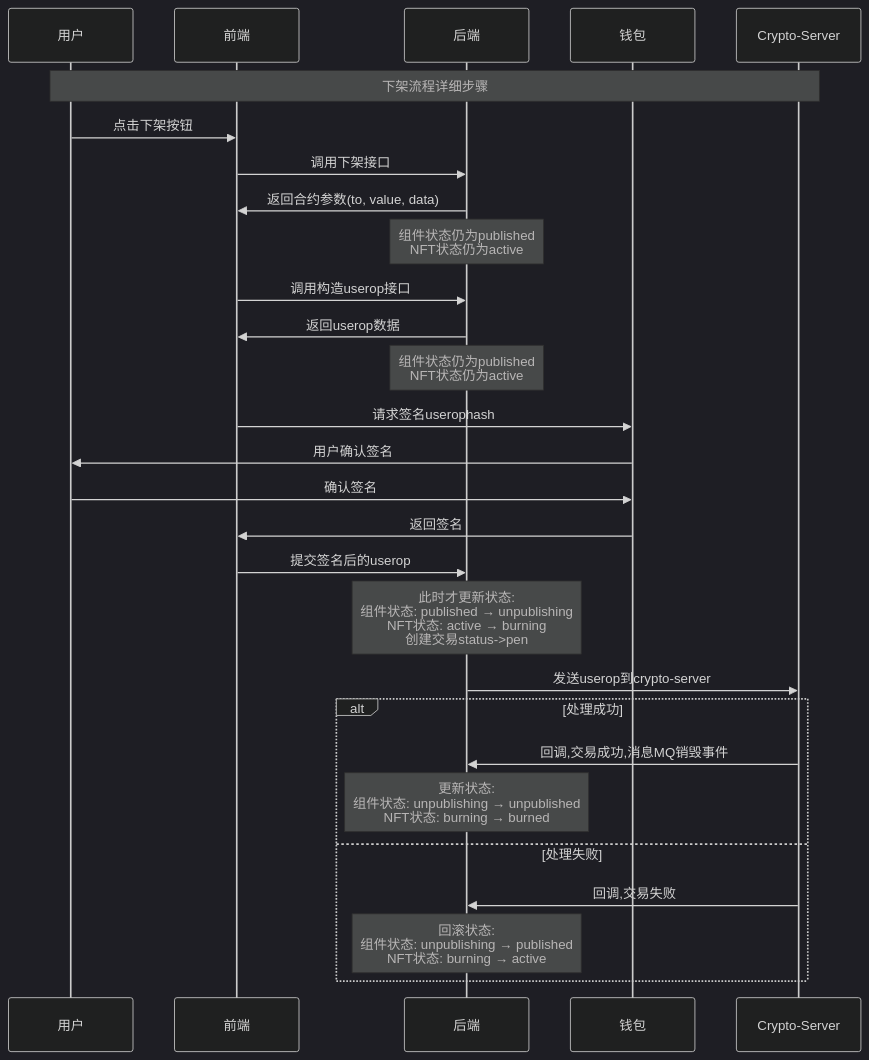
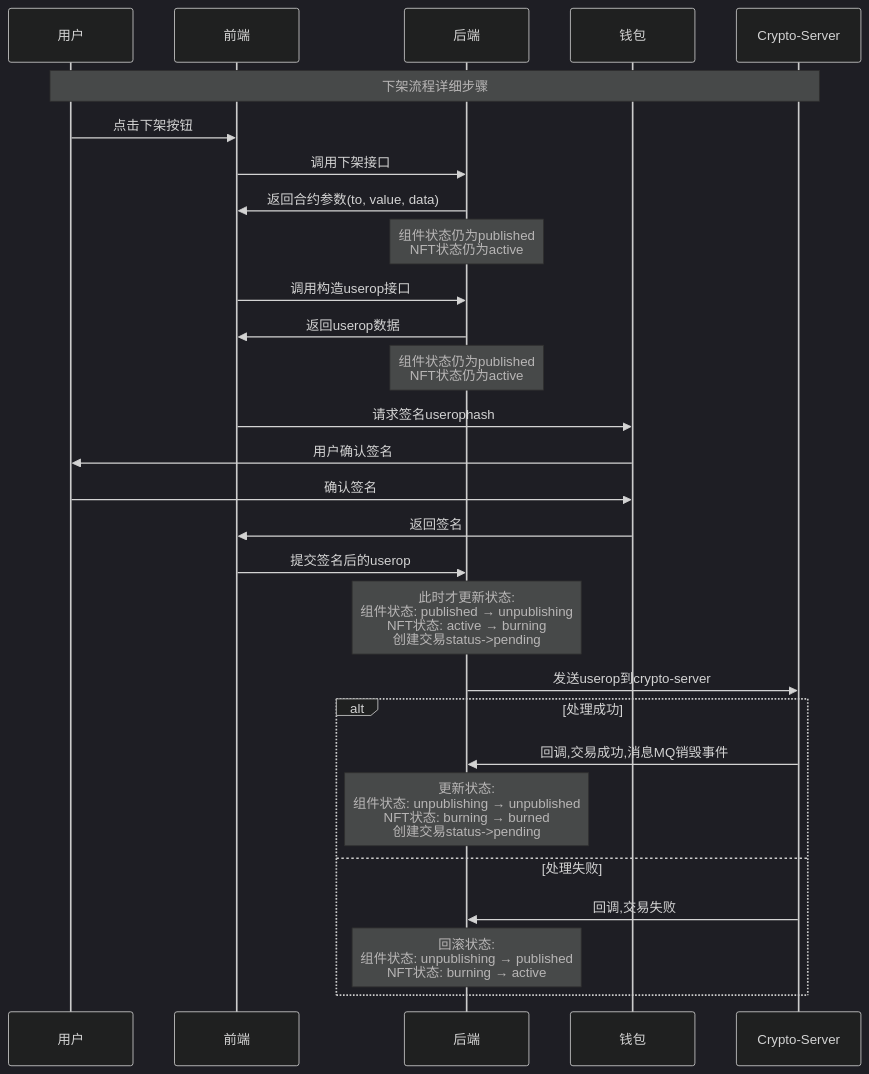
One commit to yingjianzh/iodraw-files changed the diagram in all/未命名-76.md. Above: the diagram before and after it, drawn with Mermaid (dark theme).

Commit message:
2025-07-08 11:26:34 update

````diff
--- a/all/未命名-76.md
+++ b/all/未命名-76.md
@@ -1,36 +1,36 @@
 ```mermaid
 sequenceDiagram
     participant User as 用户
     participant Frontend as 前端
     participant Backend as 后端
     participant Wallet as 钱包
     participant CryptoServer as Crypto-Server
     
     Note over User,CryptoServer: 下架流程详细步骤
     
     User->>Frontend: 点击下架按钮
     Frontend->>Backend: 调用下架接口
     Backend->>Frontend: 返回合约参数(to, value, data)
     Note over Backend: 组件状态仍为published<br/>NFT状态仍为active
     
     Frontend->>Backend: 调用构造userop接口
     Backend->>Frontend: 返回userop数据
     Note over Backend: 组件状态仍为published<br/>NFT状态仍为active
     
     Frontend->>Wallet: 请求签名userophash
     Wallet->>User: 用户确认签名
     User->>Wallet: 确认签名
     Wallet->>Frontend: 返回签名
     
     Frontend->>Backend: 提交签名后的userop
-    Note over Backend: 此时才更新状态:<br/>组件状态: published → unpublishing<br/>NFT状态: active → burning <br/> 创建交易status->pen
+    Note over Backend: 此时才更新状态:<br/>组件状态: published → unpublishing<br/>NFT状态: active → burning <br/> 创建交易status->pending
     Backend->>CryptoServer: 发送userop到crypto-server
     
     alt 处理成功
         CryptoServer->>Backend: 回调,交易成功,消息MQ销毁事件
-        Note over Backend: 更新状态:<br/>组件状态: unpublishing → unpublished<br/>NFT状态: burning → burned
+        Note over Backend: 更新状态:<br/>组件状态: unpublishing → unpublished<br/>NFT状态: burning → burned <br/> 创建交易status->pending
     else 处理失败
         CryptoServer->>Backend: 回调,交易失败
         Note over Backend: 回滚状态:<br/>组件状态: unpublishing → published<br/>NFT状态: burning → active
     end
 ```
````
